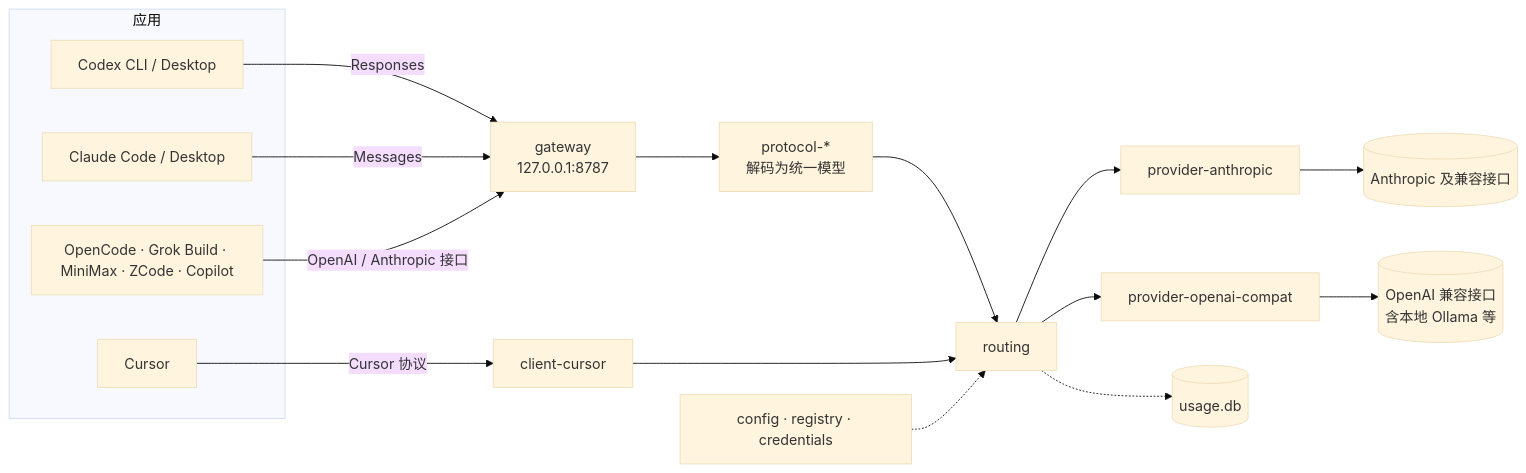
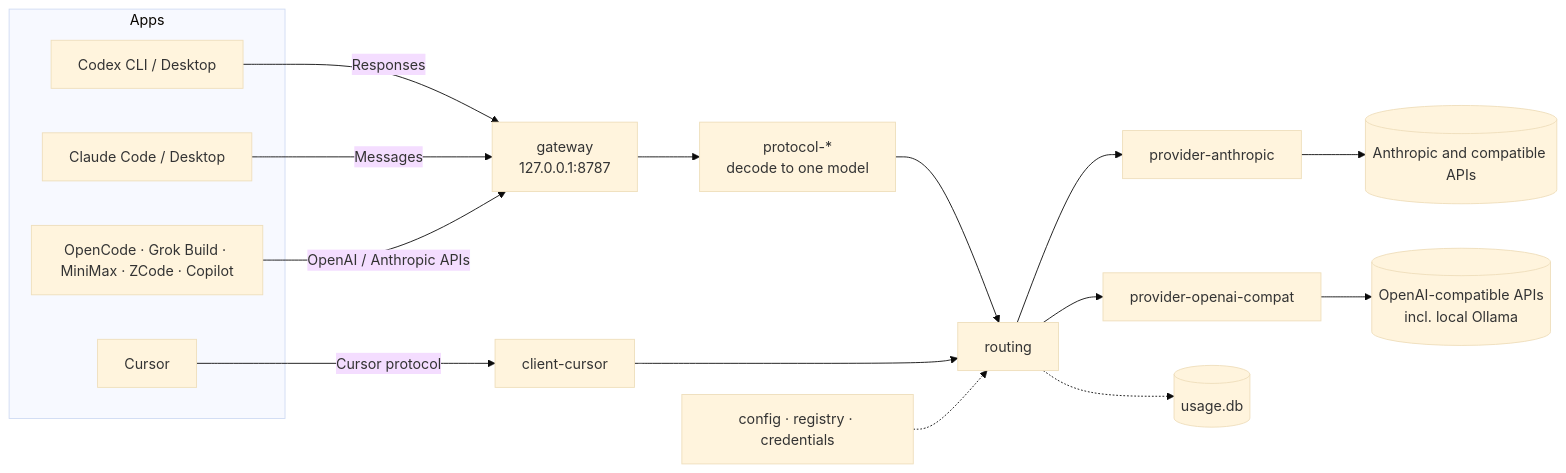
Before and after one commit to BarryWangQwQ/OwO-AI-Gateway: the diagram in README.md, drawn with Mermaid (base theme). The commit also changed other lines of this file and 2 other files, not shown here.

````diff
--- a/README.md
+++ b/README.md
@@ -377,22 +377,22 @@
 ```mermaid
 flowchart LR
-    subgraph apps["应用"]
+    subgraph apps["Apps"]
         codex["Codex CLI / Desktop"]
         claude["Claude Code / Desktop"]
         others["OpenCode · Grok Build · MiniMax · ZCode · Copilot"]
         cursor["Cursor"]
     end
     codex -- "Responses" --> gateway
     claude -- "Messages" --> gateway
-    others -- "OpenAI / Anthropic 接口" --> gateway
-    cursor -- "Cursor 协议" --> ccursor["client-cursor"]
-    gateway["gateway<br/>127.0.0.1:8787"] --> proto["protocol-*<br/>解码为统一模型"]
+    others -- "OpenAI / Anthropic APIs" --> gateway
+    cursor -- "Cursor protocol" --> ccursor["client-cursor"]
+    gateway["gateway<br/>127.0.0.1:8787"] --> proto["protocol-*<br/>decode to one model"]
     proto --> routing["routing"]
     ccursor --> routing
     routing --> panth["provider-anthropic"]
     routing --> pcompat["provider-openai-compat"]
-    panth --> up1[("Anthropic 及兼容接口")]
-    pcompat --> up2[("OpenAI 兼容接口<br/>含本地 Ollama 等")]
+    panth --> up1[("Anthropic and compatible APIs")]
+    pcompat --> up2[("OpenAI-compatible APIs<br/>incl. local Ollama")]
     config["config · registry · credentials"] -.-> routing
     routing -.-> usage[("usage.db")]
 ```
````
